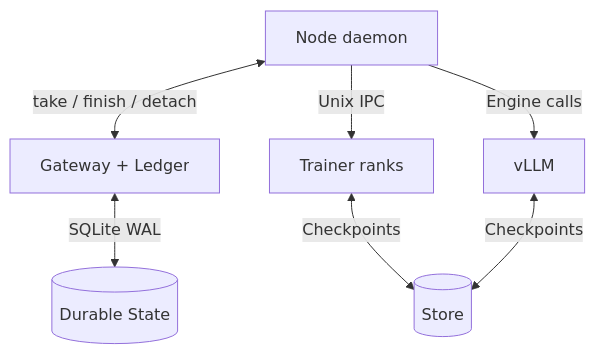
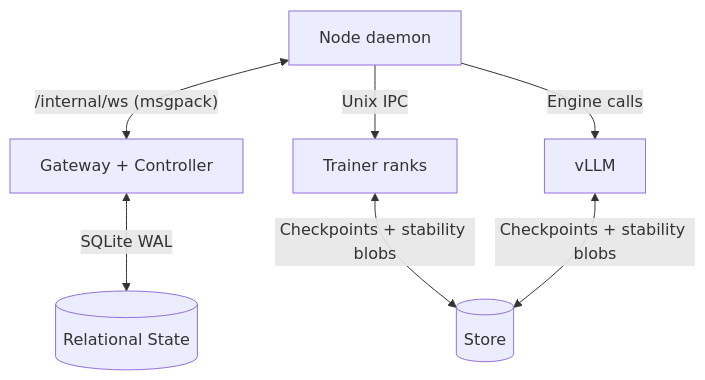
The diagram in README.md (ShubyM/tiny-open-rl), drawn with Mermaid before and after one commit. The commit also changed other lines of this file and 43 other files, not shown here.

Commit message:
Prototype Direct Fleet Pager over full-duplex WebSocket and relational SQLite

````diff
--- a/README.md
+++ b/README.md
@@ -35,8 +35,8 @@
 ```mermaid
 flowchart TD
-  G["Gateway + Ledger"] <-->|SQLite WAL| D[("Durable State")]
-  N["Node daemon"] <-->|"take / finish / detach"| G
+  G["Gateway + Controller"] <-->|SQLite WAL| D[("Relational State")]
+  N["Node daemon"] <-->|"/internal/ws (msgpack)"| G
   N -->|Unix IPC| T["Trainer ranks"]
   N -->|Engine calls| V["vLLM"]
-  T & V <-->|Checkpoints| C[("Store")]
+  T & V <-->|"Checkpoints + stability blobs"| C[("Store")]
 ```
````
